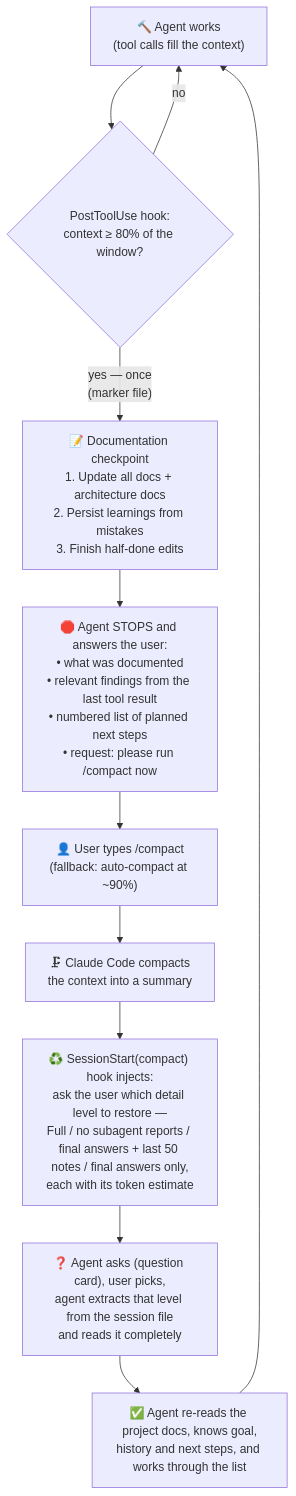
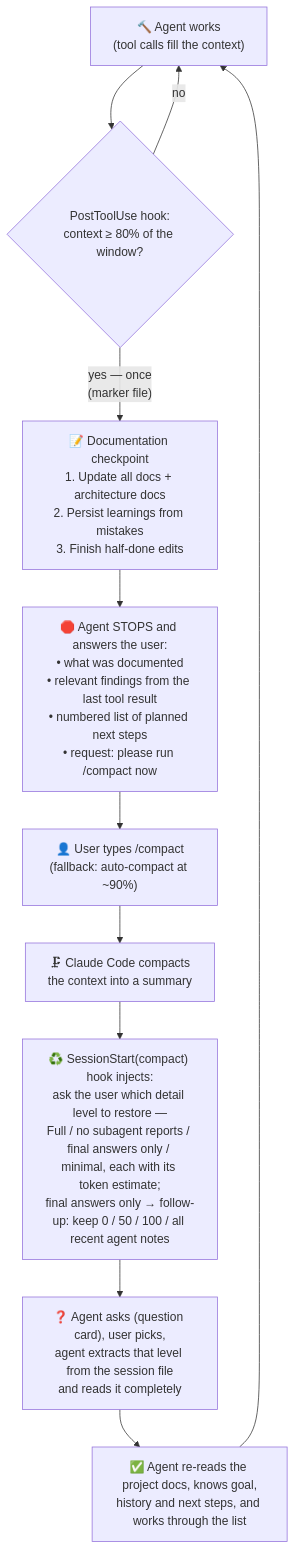
Before and after one commit to hafnera/context-cycle: the diagram in docs/context-cycle.md, drawn with Mermaid. The commit also changed other lines of this file and 7 other files, not shown here.

Commit message:
Final answers only: follow-up question for the agent's most recent notes (0/50/100/All/N) with total sizes (v1.18.1)

````diff
--- a/docs/context-cycle.md
+++ b/docs/context-cycle.md
@@ -27,13 +27,13 @@
 ```mermaid
 flowchart TD
     A["🔨 Agent works<br/>(tool calls fill the context)"] --> B{"PostToolUse hook:<br/>context ≥ 80% of the window?"}
     B -- "no" --> A
     B -- "yes — once<br/>(marker file)" --> C["📝 Documentation checkpoint<br/>1. Update all docs + architecture docs<br/>2. Persist learnings from mistakes<br/>3. Finish half-done edits"]
     C --> D["🛑 Agent STOPS and answers the user:<br/>• what was documented<br/>• relevant findings from the last tool result<br/>• numbered list of planned next steps<br/>• request: please run /compact now"]
     D --> E["👤 User types /compact<br/>(fallback: auto-compact at ~90%)"]
     E --> F["🗜 Claude Code compacts<br/>the context into a summary"]
-    F --> G["♻️ SessionStart(compact) hook injects:<br/>ask the user which detail level to restore —<br/>Full / no subagent reports / final answers + last 50 notes / final answers only,<br/>each with its token estimate"]
+    F --> G["♻️ SessionStart(compact) hook injects:<br/>ask the user which detail level to restore —<br/>Full / no subagent reports / final answers only / minimal, each with its token estimate;<br/>final answers only → follow-up: keep 0 / 50 / 100 / all recent agent notes"]
     G --> H["❓ Agent asks (question card), user picks,<br/>agent extracts that level from the session file<br/>and reads it completely"]
     H --> I["✅ Agent re-reads the project docs, knows goal,<br/>history and next steps, and works through the list"]
     I --> A
 ```
````
